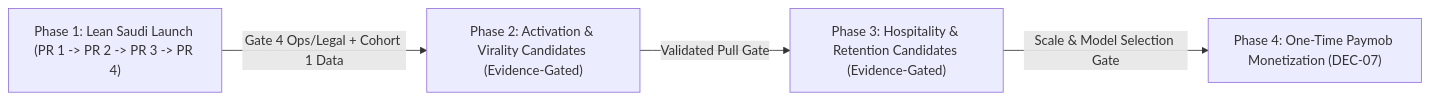
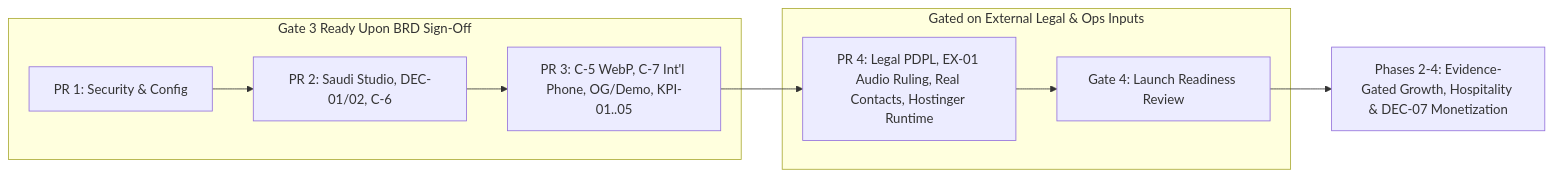
One commit to mohamedelbalooty/Zaffe changed the second of 2 diagrams in docs/business/business-requirements-document.md. Above: the diagram before and after it, drawn with Mermaid. The commit also changed other lines of this file and 7 other files, not shown here.

Commit message:
docs(governance): record final PO decisions C-5..C-7, KPI-03b, KPI-05 and finalize BRD v0.5 for sign-off (ZAFFE-026)

````diff
--- a/docs/business/business-requirements-document.md
+++ b/docs/business/business-requirements-document.md
@@ -308,6 +256,11 @@
 ```mermaid
 flowchart LR
-    P1["Phase 1: Lean Saudi Launch (PR 1 -> PR 2 -> PR 3 -> PR 4)"] -->|"Gate 4 Ops/Legal + Cohort 1 Data"| P2["Phase 2: Activation & Virality Candidates (Evidence-Gated)"]
-    P2 -->|"Validated Pull Gate"| P3["Phase 3: Hospitality & Retention Candidates (Evidence-Gated)"]
-    P3 -->|"Scale & Model Selection Gate"| P4["Phase 4: One-Time Paymob Monetization (DEC-07)"]
+    subgraph ReadyUponSignOff["Gate 3 Ready Upon BRD Sign-Off"]
+        PR1["PR 1: Security & Config"] --> PR2["PR 2: Saudi Studio, DEC-01/02, C-6"] --> PR3["PR 3: C-5 WebP, C-7 Int'l Phone, OG/Demo, KPI-01..05"]
+    end
+    subgraph BlockedExternal["Gated on External Legal & Ops Inputs"]
+        PR4["PR 4: Legal PDPL, EX-01 Audio Ruling, Real Contacts, Hostinger Runtime"] --> Gate4["Gate 4: Launch Readiness Review"]
+    end
+    PR3 --> PR4
+    Gate4 --> P2["Phases 2-4: Evidence-Gated Growth, Hospitality & DEC-07 Monetization"]
 ```
````
